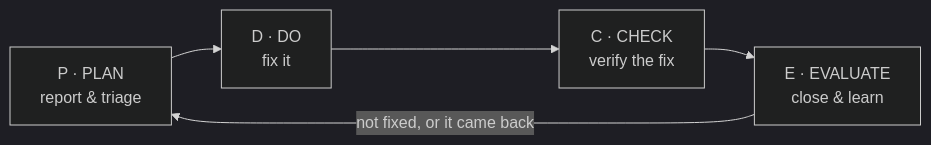
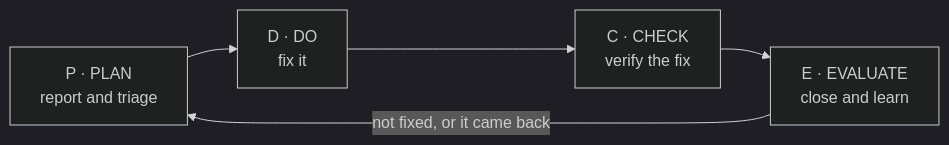
Diagram 13 of 15 in ARCHITECTURE.md (rawrmeo/issue-tracker), drawn with Mermaid (dark theme) before and after one commit. The commit also changed other lines of this file and 5 other files, not shown here.

````diff
--- a/ARCHITECTURE.md
+++ b/ARCHITECTURE.md
@@ -318,7 +410,7 @@
 ```mermaid
 flowchart LR
-  P["P · PLAN<br/>report &amp; triage"] --> D["D · DO<br/>fix it"]
+  P["P · PLAN<br/>report and triage"] --> D["D · DO<br/>fix it"]
   D --> C["C · CHECK<br/>verify the fix"]
-  C --> E["E · EVALUATE<br/>close &amp; learn"]
+  C --> E["E · EVALUATE<br/>close and learn"]
   E -->|"not fixed, or it came back"| P
 ```
````
